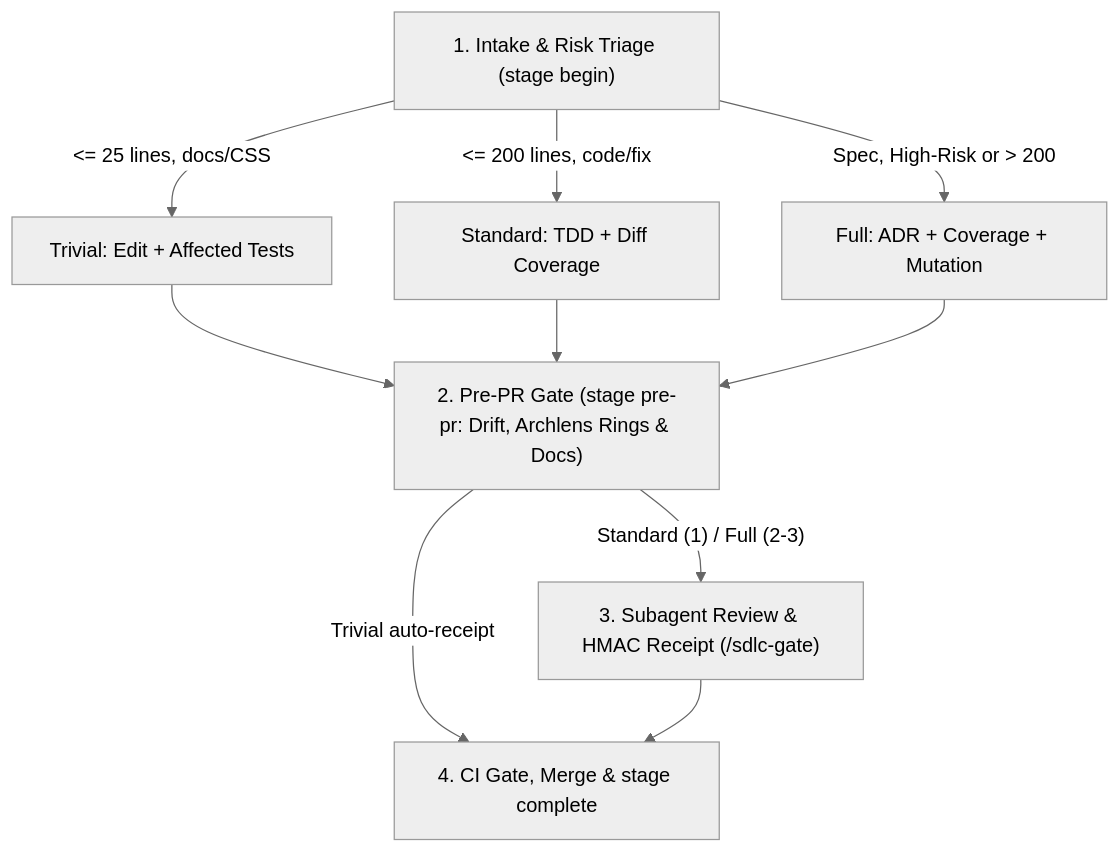
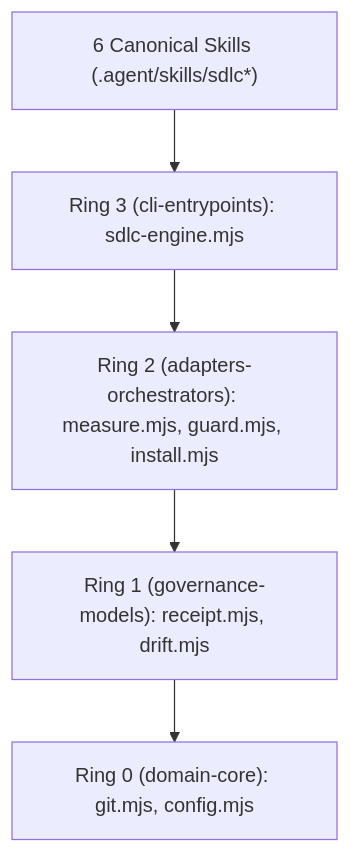
One commit to fmatar/sealit changed the diagram in README.md. Above: the diagram before and after it, drawn with Mermaid. The commit also changed other lines of this file and 416 other files, not shown here.

````diff
--- a/README.md
+++ b/README.md
@@ -73,17 +50,7 @@
 ```mermaid
-%%{init: {'theme': 'neutral'}}%%
 flowchart TD
-    Begin["1. Intake & Risk Triage (stage begin)"]
-
-    Begin -->|"<= 25 lines, docs/CSS"| L1["Trivial: Edit + Affected Tests"]
-    Begin -->|"<= 200 lines, code/fix"| L2["Standard: TDD + Diff Coverage"]
-    Begin -->|"Spec, High-Risk or > 200"| L3["Full: ADR + Coverage + Mutation"]
-
-    L1 --> PrePR["2. Pre-PR Gate (stage pre-pr: Drift, Archlens Rings & Docs)"]
-    L2 --> PrePR
-    L3 --> PrePR
-
-    PrePR -->|"Trivial auto-receipt"| Complete["4. CI Gate, Merge & stage complete"]
-    PrePR -->|"Standard (1) / Full (2-3)"| Review["3. Subagent Review & HMAC Receipt (/sdlc-gate)"]
-    Review --> Complete
+    Skills["6 Canonical Skills (.agent/skills/sdlc*)"] --> Ring3["Ring 3 (cli-entrypoints): sdlc-engine.mjs"]
+    Ring3 --> Ring2["Ring 2 (adapters-orchestrators): measure.mjs, guard.mjs, install.mjs"]
+    Ring2 --> Ring1["Ring 1 (governance-models): receipt.mjs, drift.mjs"]
+    Ring1 --> Ring0["Ring 0 (domain-core): git.mjs, config.mjs"]
 ```
````
